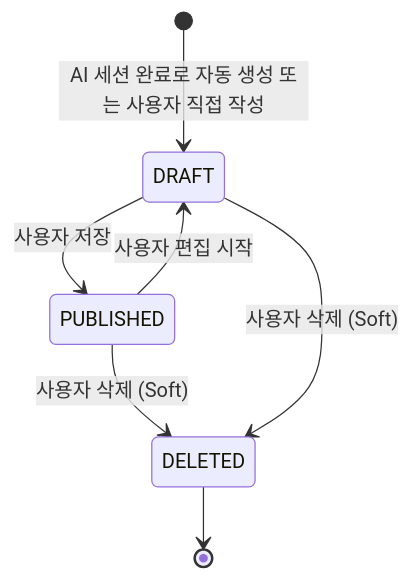
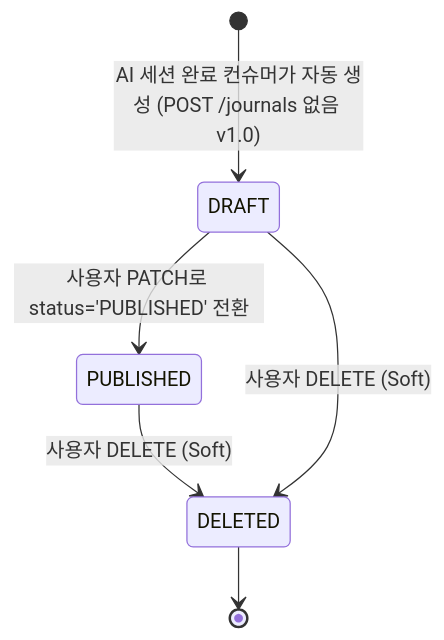
The seventh of 7 diagrams in 02_ERD_문서.md (Tae0072/2nd-Team-Project), drawn with Mermaid before and after one commit. The commit also changed other lines of this file and 39 other files, not shown here.

````diff
--- a/02_ERD_문서.md
+++ b/02_ERD_문서.md
@@ -747,9 +752,8 @@
 ```mermaid
 stateDiagram-v2
-    [*] --> DRAFT: AI 세션 완료로 자동 생성 또는 사용자 직접 작성
-    DRAFT --> PUBLISHED: 사용자 저장
-    PUBLISHED --> DRAFT: 사용자 편집 시작
-    PUBLISHED --> DELETED: 사용자 삭제 (Soft)
-    DRAFT --> DELETED: 사용자 삭제 (Soft)
+    [*] --> DRAFT: AI 세션 완료 컨슈머가 자동 생성 (POST /journals 없음 v1.0)
+    DRAFT --> PUBLISHED: 사용자 PATCH로 status='PUBLISHED' 전환
+    PUBLISHED --> DELETED: 사용자 DELETE (Soft)
+    DRAFT --> DELETED: 사용자 DELETE (Soft)
     DELETED --> [*]
 ```
````
